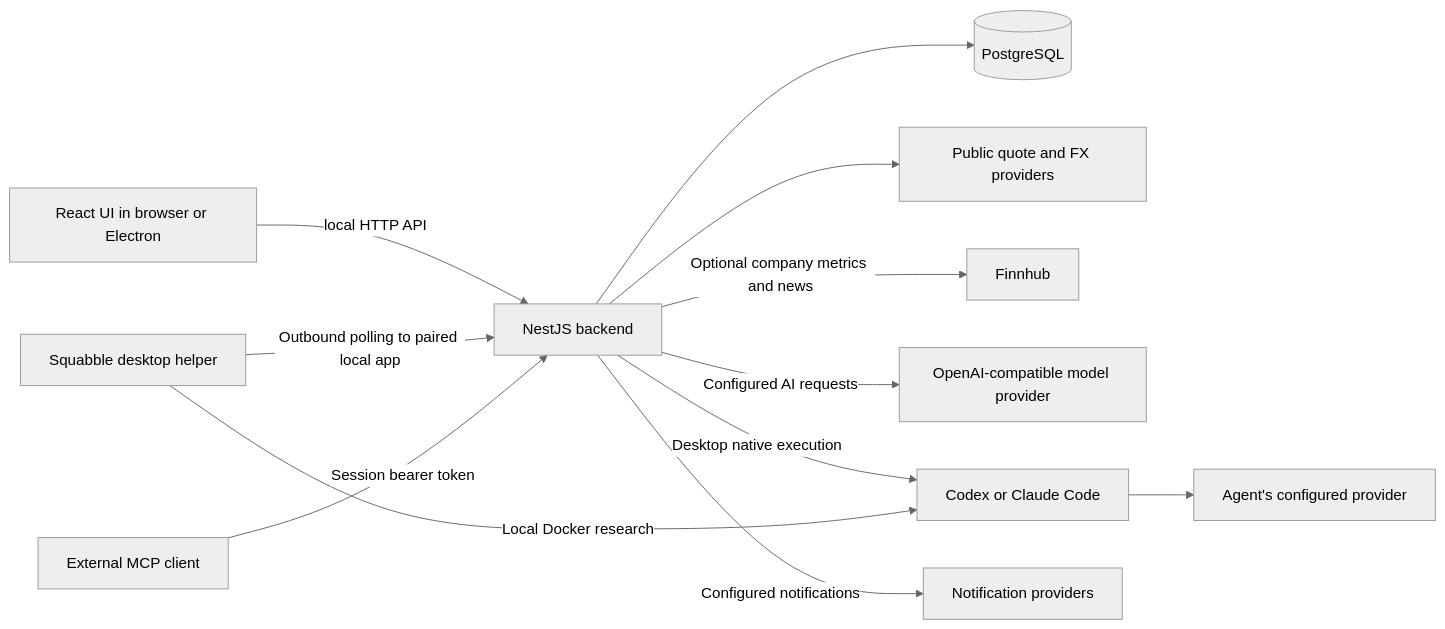
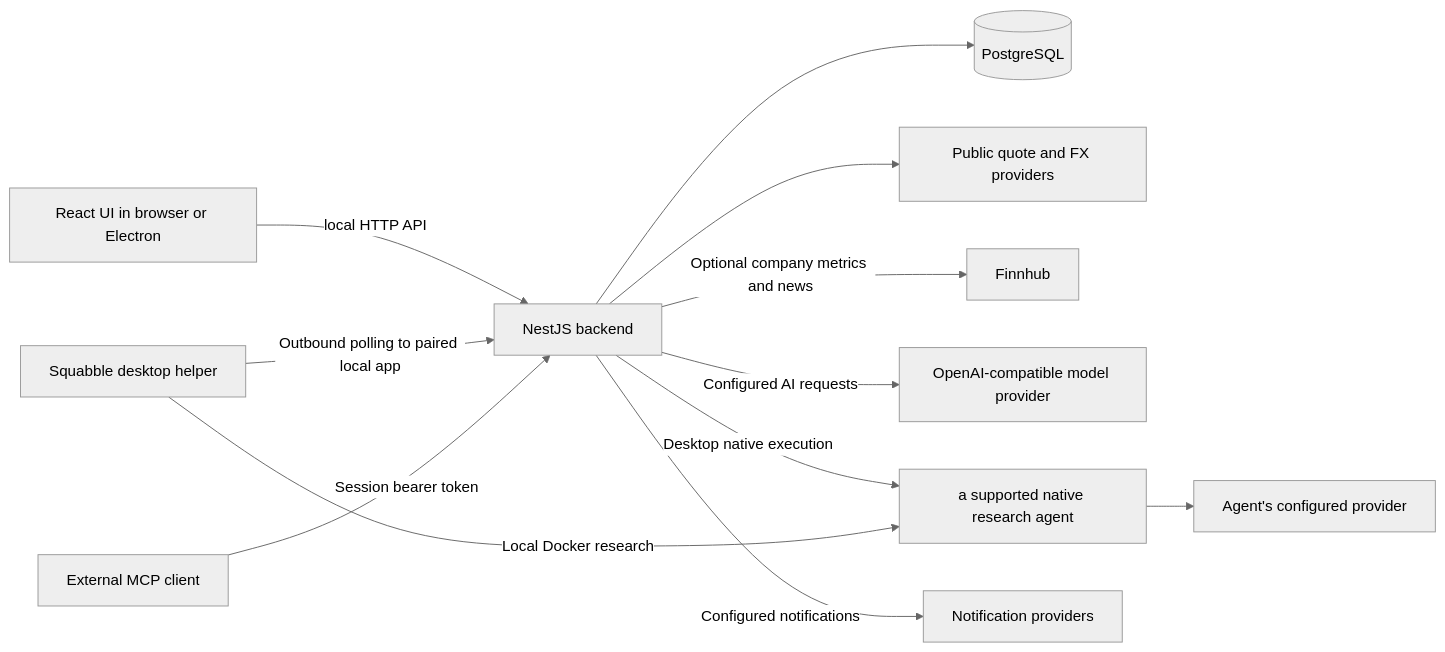
One commit to Lueyu/squabble changed the diagram in docs/architecture.md. Above: the diagram before and after it, drawn with Mermaid (neutral theme). The commit also changed 46 other files, not shown here.

Commit message:
feat: support seven native research agents with model controls

````diff
--- a/docs/architecture.md
+++ b/docs/architecture.md
@@ -15,14 +15,14 @@
 ```mermaid
 flowchart LR
     UI[React UI in browser or Electron] -->|local HTTP API| Backend[NestJS backend]
     Backend --> Database[(PostgreSQL)]
     Backend --> Quotes[Public quote and FX providers]
     Backend -->|Optional company metrics and news| Finnhub[Finnhub]
     Backend -->|Configured AI requests| Model[OpenAI-compatible model provider]
-    Backend -->|Desktop native execution| Native[Codex or Claude Code]
+    Backend -->|Desktop native execution| Native[a supported native research agent]
     Helper[Squabble desktop helper] -->|Outbound polling to paired local app| Backend
     Helper -->|Local Docker research| Native
     Native --> AgentProvider[Agent's configured provider]
     Backend -->|Configured notifications| Notify[Notification providers]
     External[External MCP client] -->|Session bearer token| Backend
 ```
````
